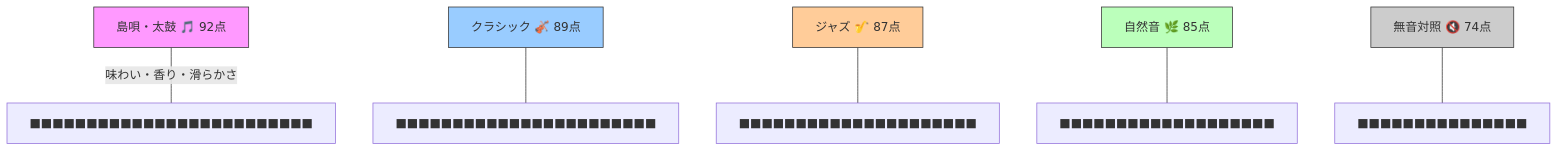
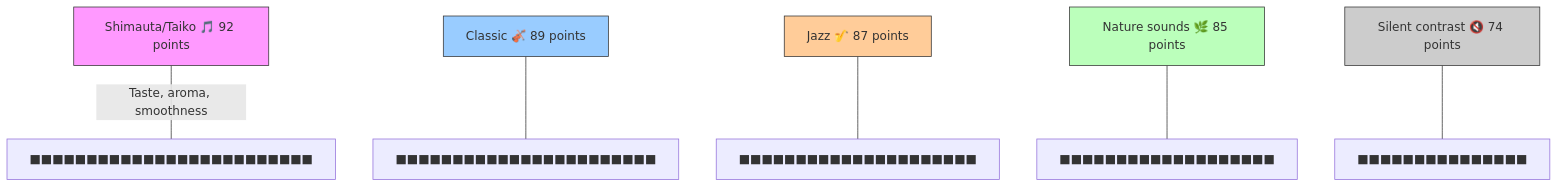
One commit to monumental-movement/monumental-movement.github.io changed the fourth of 5 diagrams in en/_posts/2025-11-01-column-shochu-sound-aging.md. Above: the diagram before and after it, drawn with Mermaid. The commit also changed other lines of this file and 152 other files, not shown here.

```diff
--- a/en/_posts/2025-11-01-column-shochu-sound-aging.md
+++ b/en/_posts/2025-11-01-column-shochu-sound-aging.md
@@ -225,16 +225,16 @@
 <div class="mermaid">
 
 graph TD
-    A["島唄・太鼓 🎵 92点"] ---|"味わい・香り・滑らかさ"| B["■■■■■■■■■■■■■■■■■■■■■■■■■"]
-    C["クラシック 🎻 89点"] --- B1["■■■■■■■■■■■■■■■■■■■■■■■"]
-    D["ジャズ 🎷 87点"] --- B2["■■■■■■■■■■■■■■■■■■■■■"]
-    E["自然音 🌿 85点"] --- B3["■■■■■■■■■■■■■■■■■■■"]
-    F["無音対照 🔇 74点"] --- B4["■■■■■■■■■■■■■■■"]
+    A["Shimauta/Taiko 🎵 92 points"] ---|"Taste, aroma, smoothness"| B["■■■■■■■■■■■■■■■■■■■■■■■■■"]
+    C["Classic 🎻 89 points"] --- B1["■■■■■■■■■■■■■■■■■■■■■■■"]
+    D["Jazz 🎷 87 points"] --- B2["■■■■■■■■■■■■■■■■■■■■■"]
+    E["Nature sounds 🌿 85 points"] --- B3["■■■■■■■■■■■■■■■■■■■"]
+    F["Silent contrast 🔇 74 points"] --- B4["■■■■■■■■■■■■■■■"]
 
     style A fill:#f9f,stroke:#333,stroke-width:1px
     style C fill:#9cf,stroke:#333,stroke-width:1px
     style D fill:#fc9,stroke:#333,stroke-width:1px
     style E fill:#bfb,stroke:#333,stroke-width:1px
     style F fill:#ccc,stroke:#333,stroke-width:1px
     
 </div>
```
